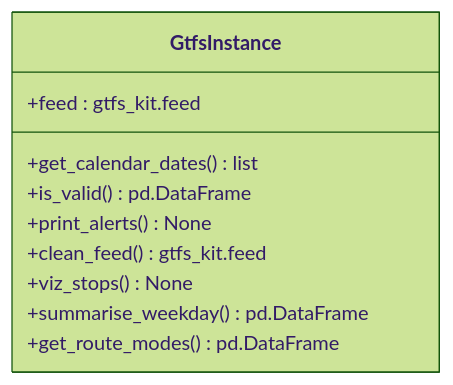
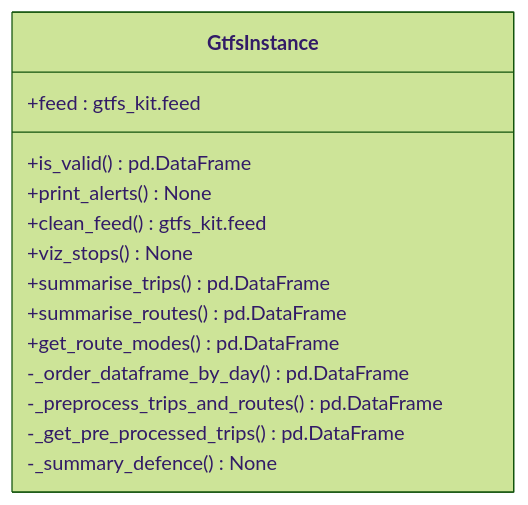
One commit to datasciencecampus/transport-network-performance changed the diagram in docs/gtfs/Gtfs_Instance_class_diagram.md. Above: the diagram before and after it, drawn with Mermaid (forest theme).

Commit message:
feat: Updated class diagram to reflect latest state of GtfsInstance

````diff
--- a/docs/gtfs/Gtfs_Instance_class_diagram.md
+++ b/docs/gtfs/Gtfs_Instance_class_diagram.md
@@ -3,15 +3,19 @@
 ```mermaid
 
 classDiagram
     class GtfsInstance {
         +feed : gtfs_kit.feed
-        +get_calendar_dates() list
         +is_valid() pd.DataFrame
         +print_alerts() None
         +clean_feed() gtfs_kit.feed
         +viz_stops() None
-        +summarise_weekday() pd.DataFrame
+        +summarise_trips() pd.DataFrame
+        +summarise_routes() pd.DataFrame
         +get_route_modes() pd.DataFrame
+        -_order_dataframe_by_day() pd.DataFrame
+        -_preprocess_trips_and_routes() pd.DataFrame
+        -_get_pre_processed_trips() pd.DataFrame
+        -_summary_defence() None
     }
 
 ```
````
